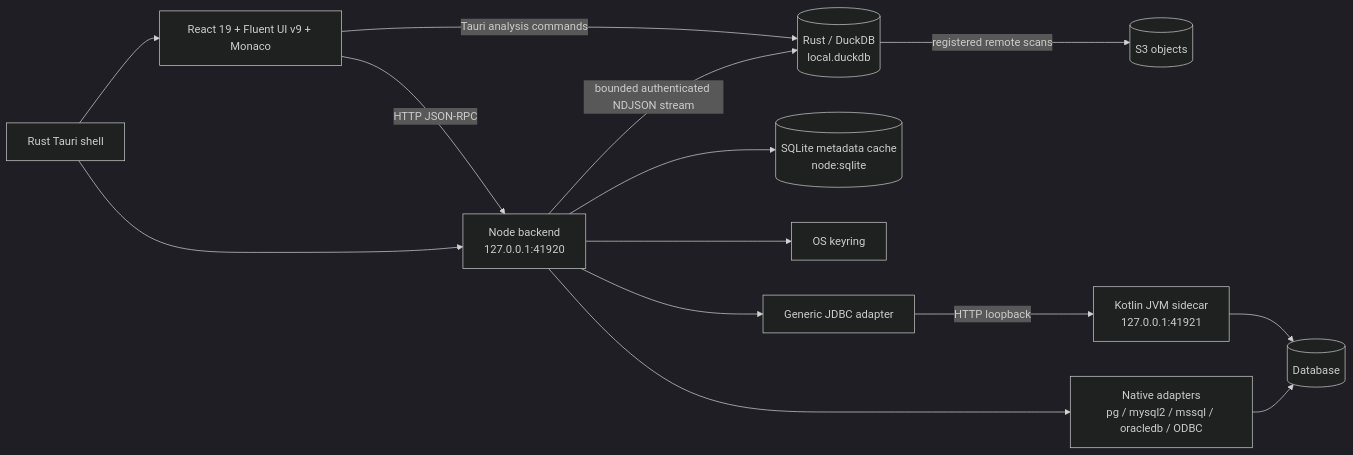
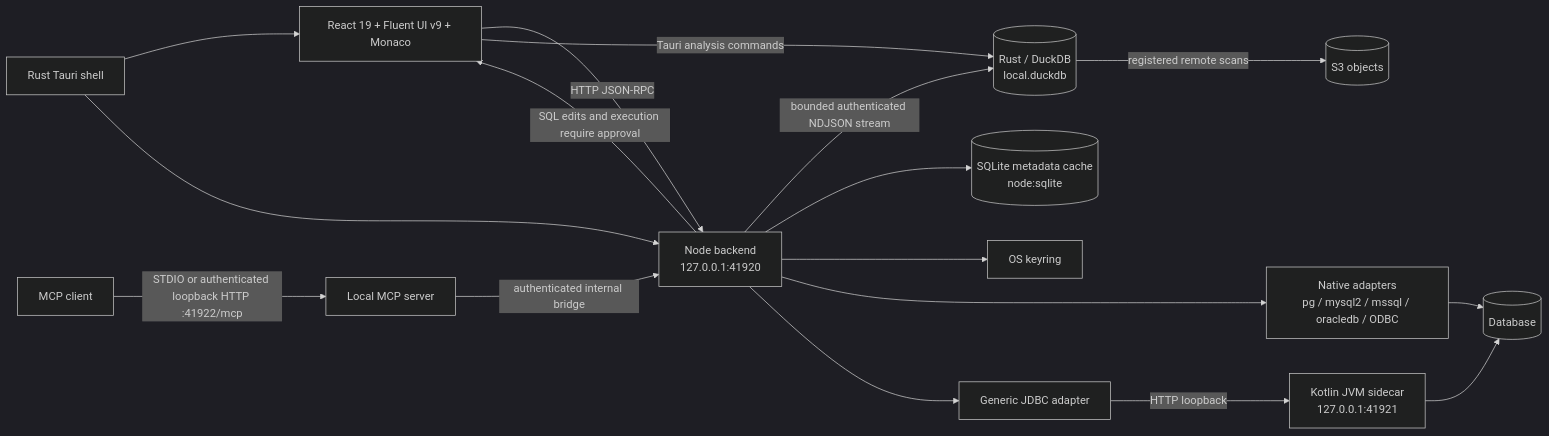
The first of 2 diagrams in docs/ARCHITECTURE.md (cccadet/omni-sql), drawn with Mermaid (dark theme) before and after one commit. The commit also changed other lines of this file and 4 other files, not shown here.

````diff
--- a/docs/ARCHITECTURE.md
+++ b/docs/ARCHITECTURE.md
@@ -6,16 +6,19 @@
 ```mermaid
 flowchart LR
   UI[React 19 + Fluent UI v9 + Monaco] -->|HTTP JSON-RPC| API[Node backend\n127.0.0.1:41920]
   Shell[Rust Tauri shell] --> UI
   Shell --> API
   UI -->|Tauri analysis commands| DuckDB[(Rust / DuckDB\nlocal.duckdb)]
   API -->|bounded authenticated NDJSON stream| DuckDB
   DuckDB -->|registered remote scans| S3[(S3 objects)]
+  Client[MCP client] -->|STDIO or authenticated loopback HTTP :41922/mcp| MCP[Local MCP server]
+  MCP -->|authenticated internal bridge| API
+  API -->|SQL edits and execution require approval| UI
   API --> Cache[(SQLite metadata cache\nnode:sqlite)]
   API --> Keyring[OS keyring]
   API --> Native[Native adapters\npg / mysql2 / mssql / oracledb / ODBC]
   API --> JDBC[Generic JDBC adapter]
   JDBC -->|HTTP loopback| JVM[Kotlin JVM sidecar\n127.0.0.1:41921]
   JVM --> DB[(Database)]
   Native --> DB
 ```
````
